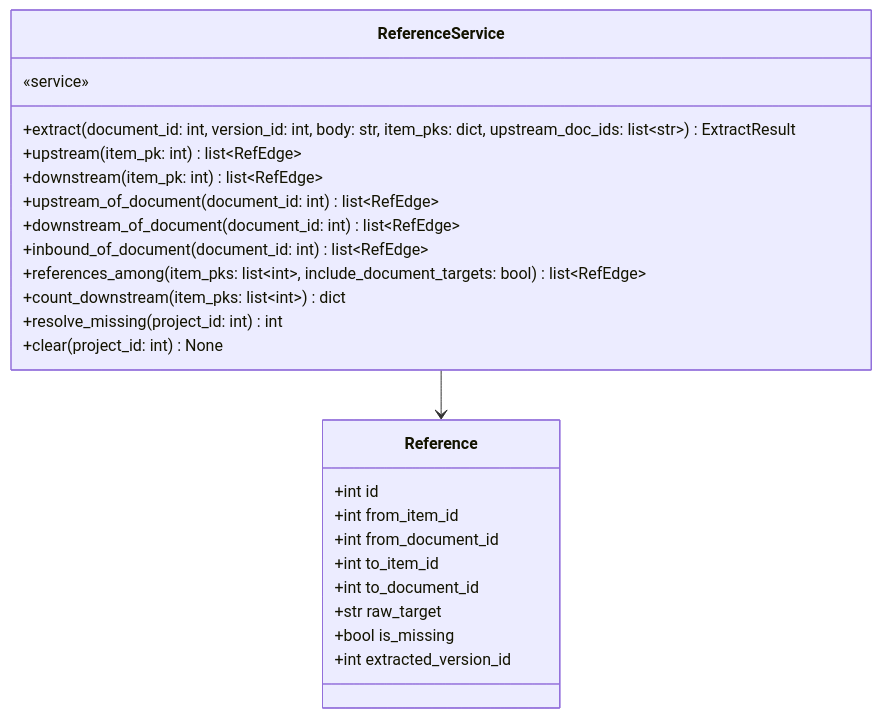
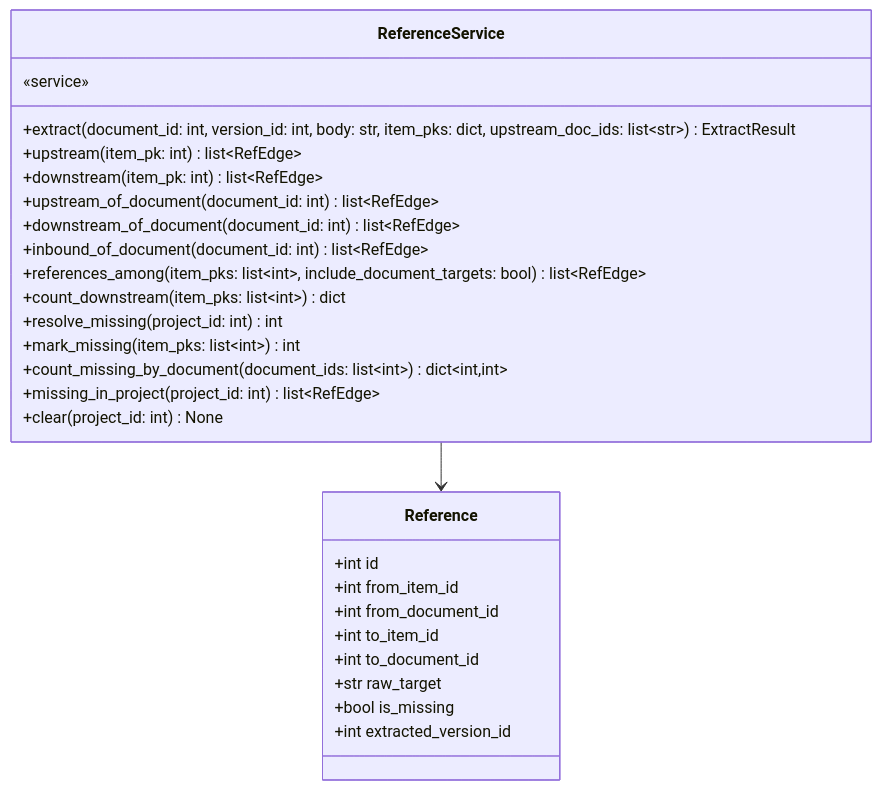
One commit to HoyoungParkme/syncdoc changed diagram 15 of 16 in docs/specs/06-DOM/SYNC-DOM-002.md. Above: the diagram before and after it, drawn with Mermaid. The commit also changed other lines of this file and 100 other files, not shown here.

````diff
--- a/docs/specs/06-DOM/SYNC-DOM-002.md
+++ b/docs/specs/06-DOM/SYNC-DOM-002.md
@@ -772,27 +678,30 @@
 ```mermaid
 classDiagram
     class ReferenceService {
         «service»
         +extract(document_id: int, version_id: int, body: str, item_pks: dict, upstream_doc_ids: list~str~) ExtractResult
         +upstream(item_pk: int) list~RefEdge~
         +downstream(item_pk: int) list~RefEdge~
         +upstream_of_document(document_id: int) list~RefEdge~
         +downstream_of_document(document_id: int) list~RefEdge~
         +inbound_of_document(document_id: int) list~RefEdge~
         +references_among(item_pks: list~int~, include_document_targets: bool) list~RefEdge~
         +count_downstream(item_pks: list~int~) dict
         +resolve_missing(project_id: int) int
+        +mark_missing(item_pks: list~int~) int
+        +count_missing_by_document(document_ids: list~int~) dict~int,int~
+        +missing_in_project(project_id: int) list~RefEdge~
         +clear(project_id: int) None
     }
     class Reference {
         +int id
         +int from_item_id
         +int from_document_id
         +int to_item_id
         +int to_document_id
         +str raw_target
         +bool is_missing
         +int extracted_version_id
     }
     ReferenceService --> Reference
 ```
````
